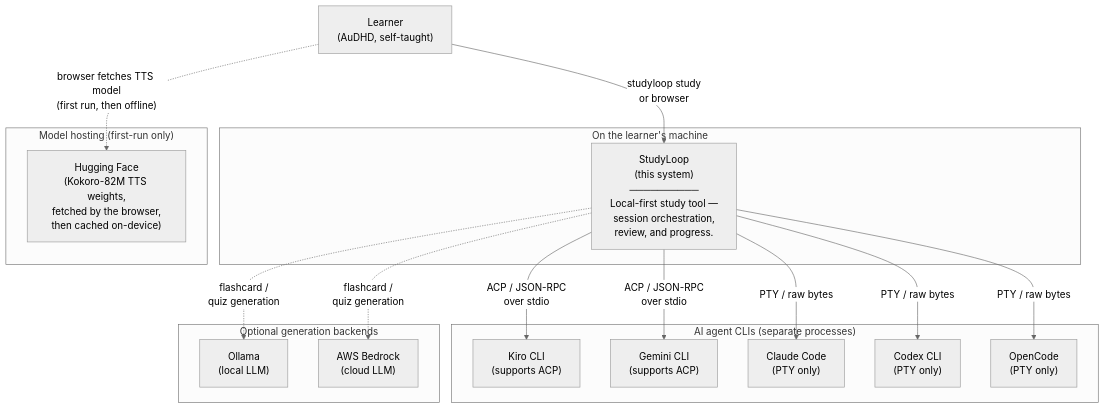
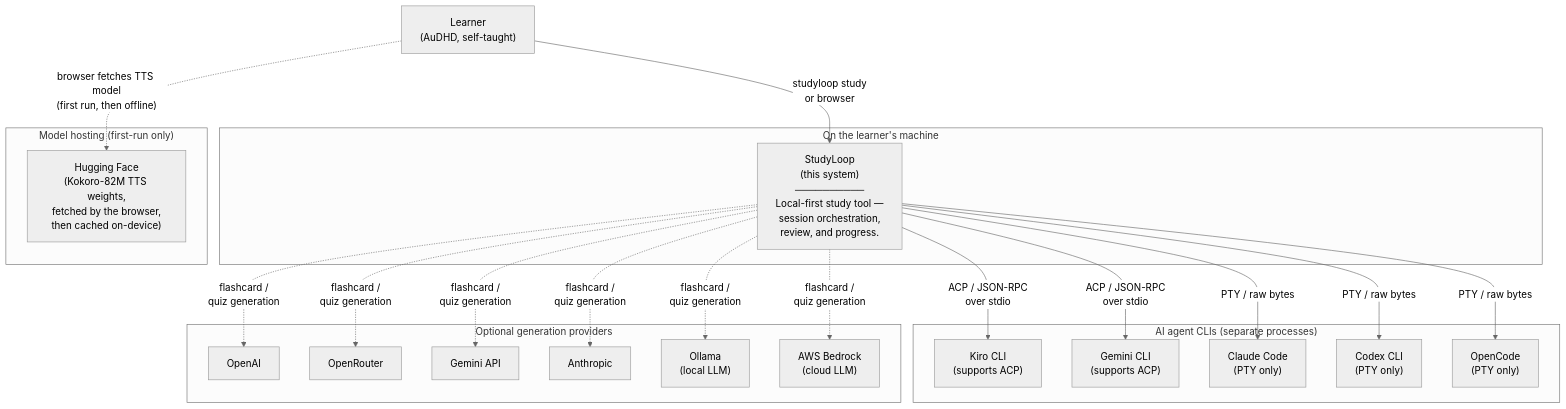
Before and after one commit to NetDevAutomate/StudyLoop: the first of 9 diagrams in docs/architecture/current.md, drawn with Mermaid (neutral theme). The commit also changed other lines of this file and 12 other files, not shown here.

````diff
--- a/docs/architecture/current.md
+++ b/docs/architecture/current.md
@@ -15,35 +17,43 @@
 ```mermaid
 flowchart TB
     Learner["Learner<br/>(AuDHD, self-taught)"]
 
     subgraph "On the learner's machine"
       StudyLoop["StudyLoop<br/>(this system)<br/>──────────<br/>Local-first study tool —<br/>session orchestration,<br/>review, and progress."]
     end
 
     subgraph "AI agent CLIs (separate processes)"
       Kiro["Kiro CLI<br/>(supports ACP)"]
       Gemini["Gemini CLI<br/>(supports ACP)"]
       Claude["Claude Code<br/>(PTY only)"]
       Codex["Codex CLI<br/>(PTY only)"]
       OpenCode["OpenCode<br/>(PTY only)"]
     end
 
-    subgraph "Optional generation backends"
+    subgraph "Optional generation providers"
+      OpenAI["OpenAI"]
+      OpenRouter["OpenRouter"]
+      GeminiAPI["Gemini API"]
+      Anthropic["Anthropic"]
       Ollama["Ollama<br/>(local LLM)"]
       Bedrock["AWS Bedrock<br/>(cloud LLM)"]
     end
 
     subgraph "Model hosting (first-run only)"
       HF["Hugging Face<br/>(Kokoro-82M TTS weights,<br/>fetched by the browser,<br/>then cached on-device)"]
     end
 
     Learner -->|"studyloop study<br/>or browser"| StudyLoop
     StudyLoop -->|"ACP / JSON-RPC<br/>over stdio"| Kiro
     StudyLoop -->|"ACP / JSON-RPC<br/>over stdio"| Gemini
     StudyLoop -->|"PTY / raw bytes"| Claude
     StudyLoop -->|"PTY / raw bytes"| Codex
     StudyLoop -->|"PTY / raw bytes"| OpenCode
+    StudyLoop -.->|"flashcard /<br/>quiz generation"| OpenAI
+    StudyLoop -.->|"flashcard /<br/>quiz generation"| OpenRouter
+    StudyLoop -.->|"flashcard /<br/>quiz generation"| GeminiAPI
+    StudyLoop -.->|"flashcard /<br/>quiz generation"| Anthropic
     StudyLoop -.->|"flashcard /<br/>quiz generation"| Ollama
     StudyLoop -.->|"flashcard /<br/>quiz generation"| Bedrock
     Learner -.->|"browser fetches TTS model<br/>(first run, then offline)"| HF
 ```
````
